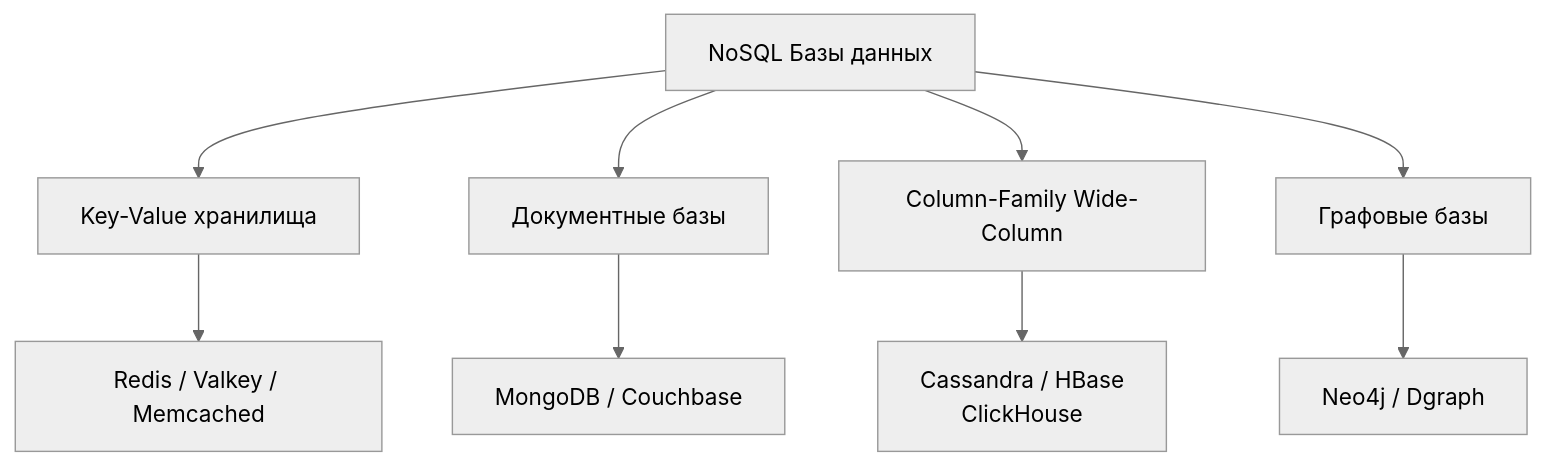
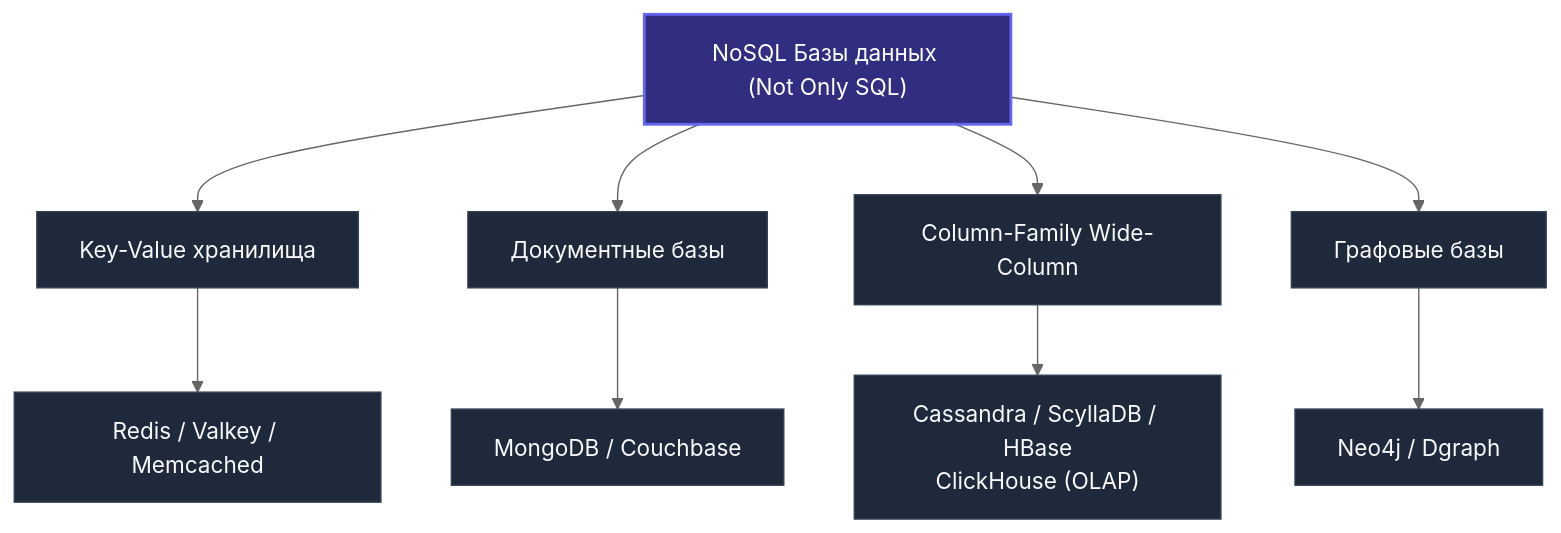
The first of 2 diagrams in sources/12. Базы данных/09. NoSQL базы/1. Что такое NoSQL.md (UnrealTemplier/go-textbook), drawn with Mermaid (neutral theme) before and after one commit. The commit also changed other lines of this file, not shown here.

````diff
--- a/sources/12. Базы данных/09. NoSQL базы/1. Что такое NoSQL.md
+++ b/sources/12. Базы данных/09. NoSQL базы/1. Что такое NoSQL.md
@@ -23,11 +32,16 @@
 ```mermaid
-graph TD
-    A["NoSQL Базы данных"] --> B["Key-Value хранилища"]
-    A --> C["Документные базы"]
-    A --> D["Column-Family Wide-Column"]
-    A --> E["Графовые базы"]
-    B --> B1["Redis / Valkey / Memcached"]
-    C --> C1["MongoDB / Couchbase"]
-    D --> D1["Cassandra / HBase<br>ClickHouse"]
-    E --> E1["Neo4j / Dgraph"]
+flowchart TD
+    Root["NoSQL Базы данных (Not Only SQL)"] --> KV["Key-Value хранилища"]
+    Root --> DOC["Документные базы"]
+    Root --> COL["Column-Family Wide-Column"]
+    Root --> GRP["Графовые базы"]
+
+    KV --> KV1["Redis / Valkey / Memcached"]
+    DOC --> DOC1["MongoDB / Couchbase"]
+    COL --> COL1["Cassandra / ScyllaDB / HBase<br>ClickHouse (OLAP)"]
+    GRP --> GRP1["Neo4j / Dgraph"]
+
+    classDef default fill:#1e293b,stroke:#334155,color:#f8fafc;
+    classDef root fill:#312e81,stroke:#6366f1,color:#ffffff,stroke-width:2px;
+    class Root root;
 ```
````
